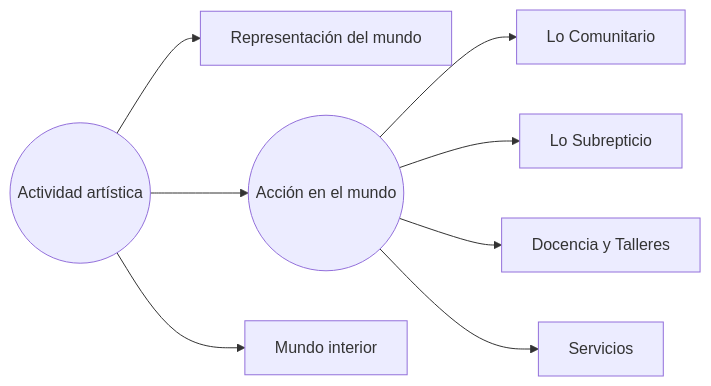
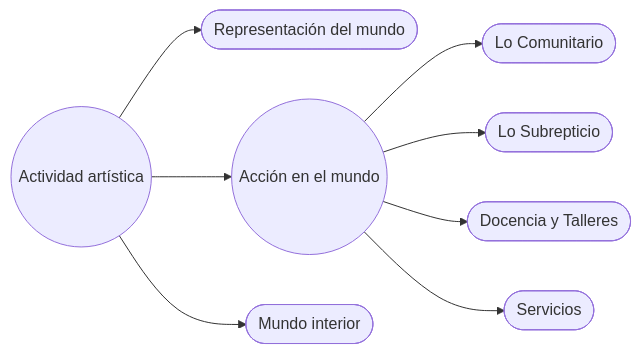
Before and after one commit to EGGS-Artesvisuales/EGGS-Artesvisuales.github.io: the diagram in ES/accion.md, drawn with Mermaid.

```diff
--- a/ES/accion.md
+++ b/ES/accion.md
@@ -15,22 +15,22 @@
 <div class="mermaid">
 flowchart LR
-  A((Actividad artística)) --> B[Representación del mundo]
+  A((Actividad artística)) --> B([Representación del mundo])
   A --> C((Acción en el mundo))
-  A --> D[Mundo interior]
+  A --> D([Mundo interior])
 
-  C --> C1[Lo Comunitario]
-  C --> C2[Lo Subrepticio]
-  C --> C3[Docencia y Talleres]
-  C --> C4[Servicios]
+  C --> C1([Lo Comunitario])
+  C --> C2([Lo Subrepticio])
+  C --> C3([Docencia y Talleres])
+  C --> C4([Servicios])
 
   %% Clicks (todos los nodos clickeables)
   click A "/ES/actividad-artistica.html" "Ir a Actividad artística"
   click B "/ES/mundo-exterior.html" "Ir a Representación del mundo"
   click C "/ES/accion.html" "Ir a Acción en el mundo"
   click D "/ES/interior.html" "Ir a Mundo interior"
 
   click C1 "/ES/comunitario.html" "Ir a Lo Comunitario"
   click C2 "/ES/subrepticio.html" "Ir a Lo Subrepticio"
   click C3 "/ES/docencia.html" "Ir a Docencia y Talleres"
   click C4 "/ES/servicios.html" "Ir a Servicios"
 </div>
```
